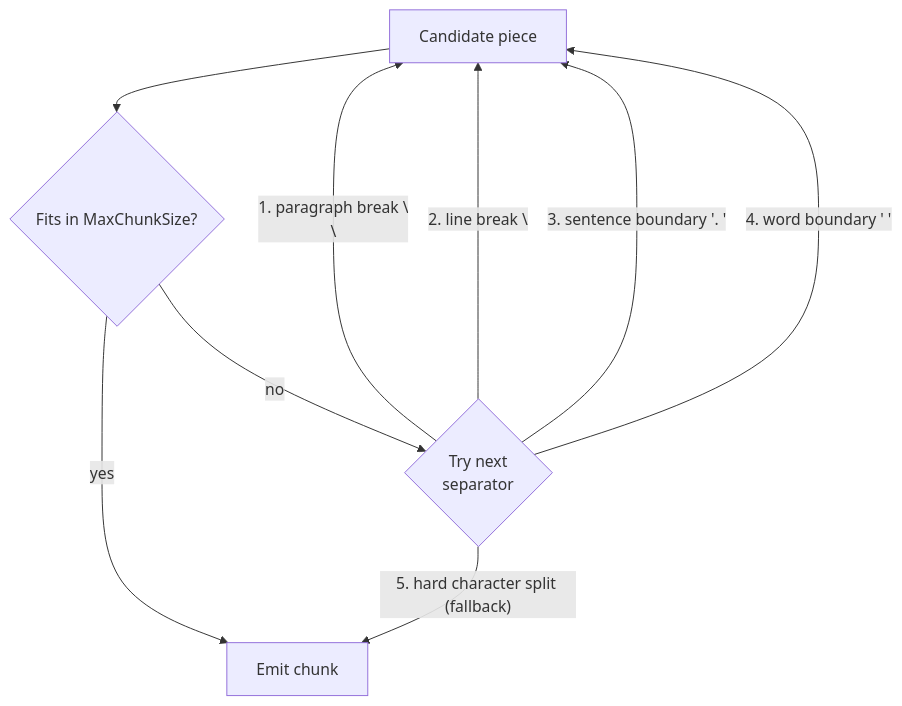
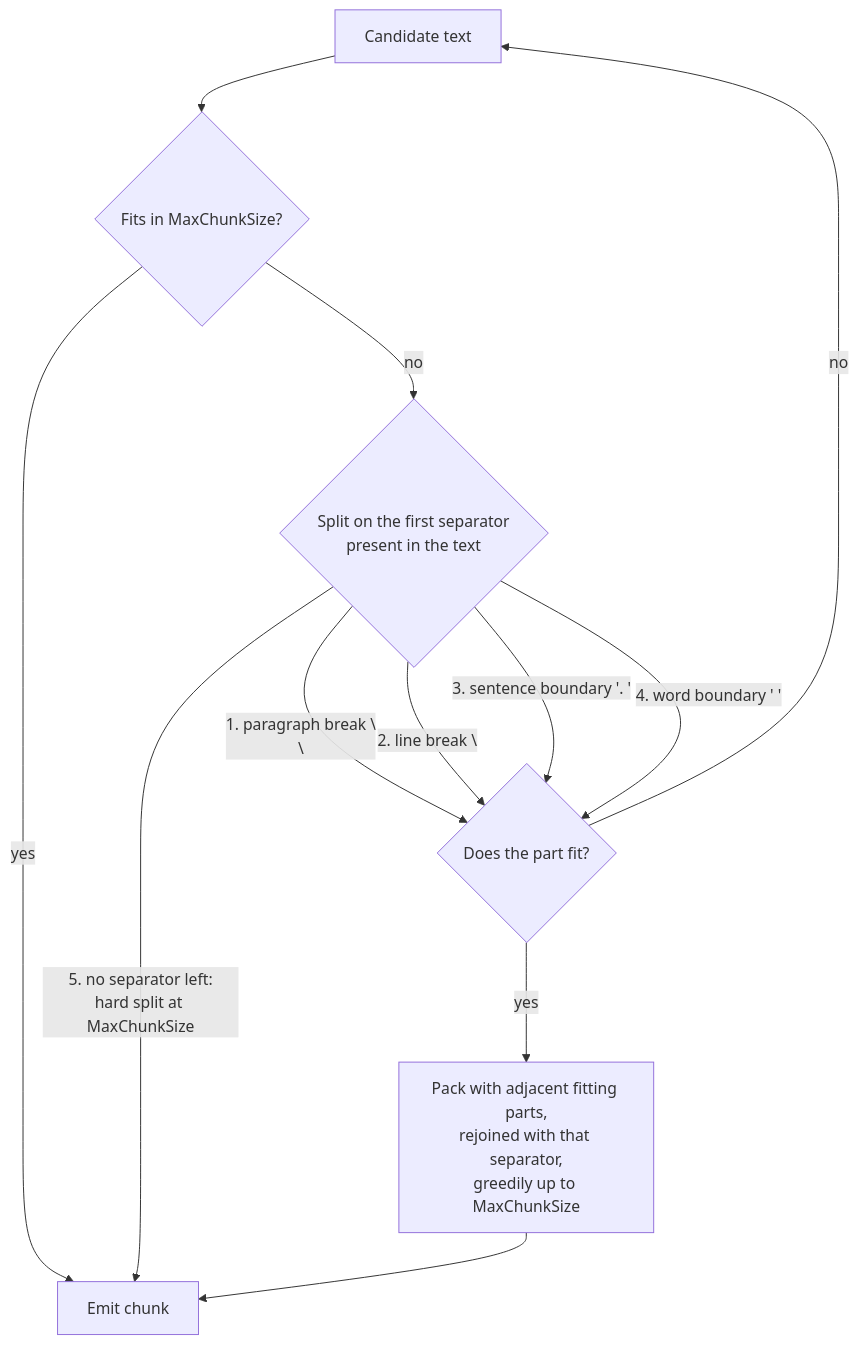
Before and after one commit to MarcelRoozekrans/Rag.NET: the diagram in docs/guide/chunking.md, drawn with Mermaid. The commit also changed other lines of this file, not shown here.

Commit message:
docs(chunking): packing, the overlap ceiling, and the re-ingestion requirement
The RecursiveChunkingStrategy flowchart drew the pre-packing defect
(every fitting part emitted as its own chunk); redraw it with the fit
check ahead of the split and a packing step. Document what was never
written down: greedy same-level packing rejoined with the split
separator, the MaxChunkSize + Overlap ceiling (562 at stock), the
changed meaning of the Overlap fraction, exact positions, and the
residual per-chunk terminal-period loss (reduced ~tenfold, not fixed).
State the re-ingestion requirement plainly: chunk boundaries and counts
changed, so stored vectors must be re-ingested with Overwrite = true.

````diff
--- a/docs/guide/chunking.md
+++ b/docs/guide/chunking.md
@@ -72,11 +72,13 @@
 ```mermaid
 flowchart TD
-    A["Candidate piece"] --> B{Fits in MaxChunkSize?}
+    A["Candidate text"] --> B{"Fits in MaxChunkSize?"}
     B -- yes --> OUT["Emit chunk"]
-    B -- no --> C{"Try next<br>separator"}
-    C -- "1. paragraph break \\n\\n" --> A
-    C -- "2. line break \\n" --> A
-    C -- "3. sentence boundary '. '" --> A
-    C -- "4. word boundary ' '" --> A
-    C -- "5. hard character split (fallback)" --> OUT
+    B -- no --> C{"Split on the first separator<br>present in the text"}
+    C -- "1. paragraph break \\n\\n" --> D{"Does the part fit?"}
+    C -- "2. line break \\n" --> D
+    C -- "3. sentence boundary '. '" --> D
+    C -- "4. word boundary ' '" --> D
+    C -- "5. no separator left:<br>hard split at MaxChunkSize" --> OUT
+    D -- yes --> PACK["Pack with adjacent fitting parts,<br>rejoined with that separator,<br>greedily up to MaxChunkSize"] --> OUT
+    D -- no --> A
 ```
````
